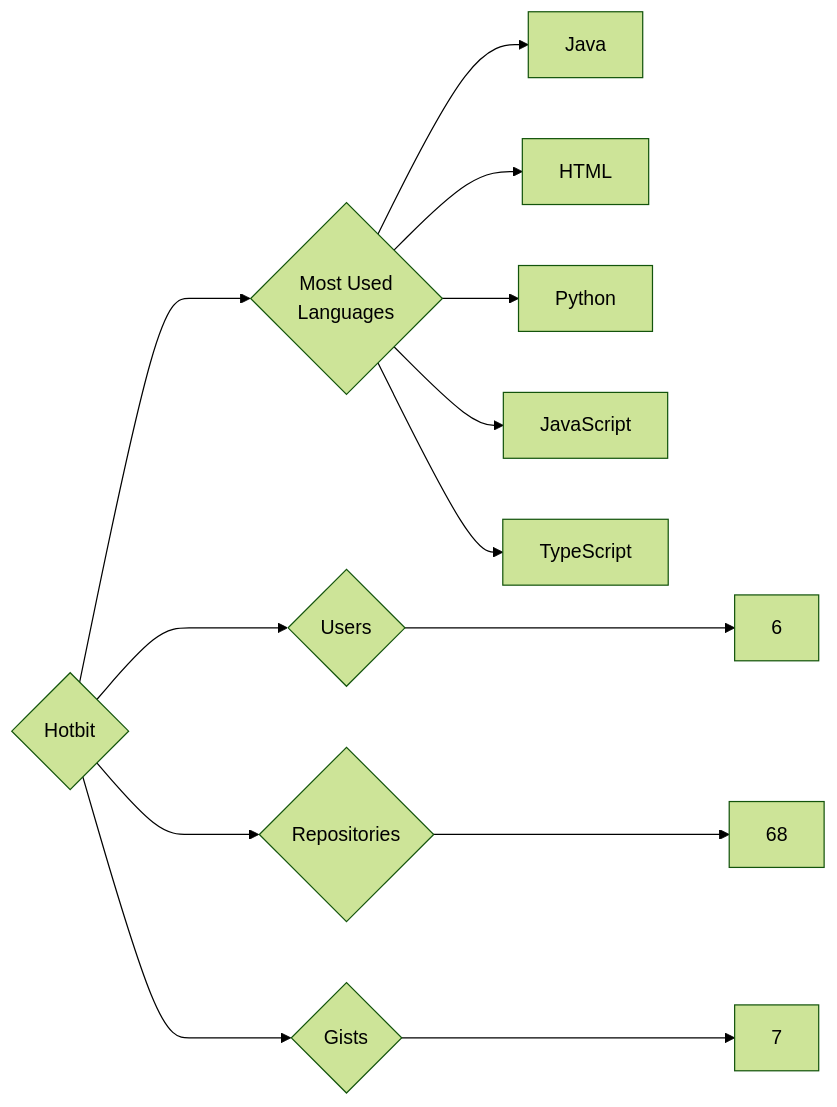
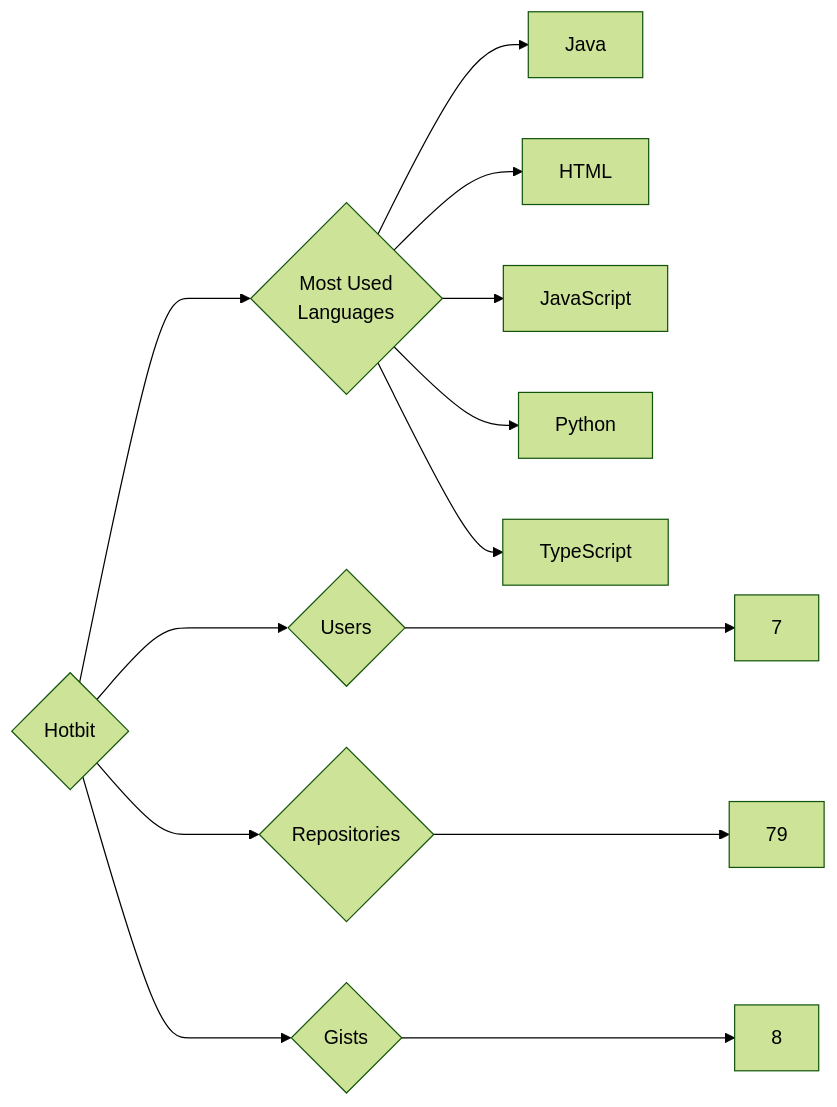
Before and after one commit to trickest/insiders: the diagram in targets/Hotbit/README.md, drawn with Mermaid (forest theme). The commit also changed 840 other files, not shown here.

````diff
--- a/targets/Hotbit/README.md
+++ b/targets/Hotbit/README.md
@@ -3,13 +3,13 @@
 ```mermaid
 graph LR
 COMPANY_NAME{Hotbit}
-COMPANY_NAME ---> U{Users} ---> UN[6]
-COMPANY_NAME ---> R{Repositories} ---> RN[68]
-COMPANY_NAME ---> G{Gists} ---> GN[7]
+COMPANY_NAME ---> U{Users} ---> UN[7]
+COMPANY_NAME ---> R{Repositories} ---> RN[79]
+COMPANY_NAME ---> G{Gists} ---> GN[8]
 COMPANY_NAME ---> ML{Most Used<br>Languages}
 ML --> Java[Java]
 ML --> HTML[HTML]
+ML --> JavaScript[JavaScript]
 ML --> Python[Python]
-ML --> JavaScript[JavaScript]
 ML --> TypeScript[TypeScript]
 ```
````
